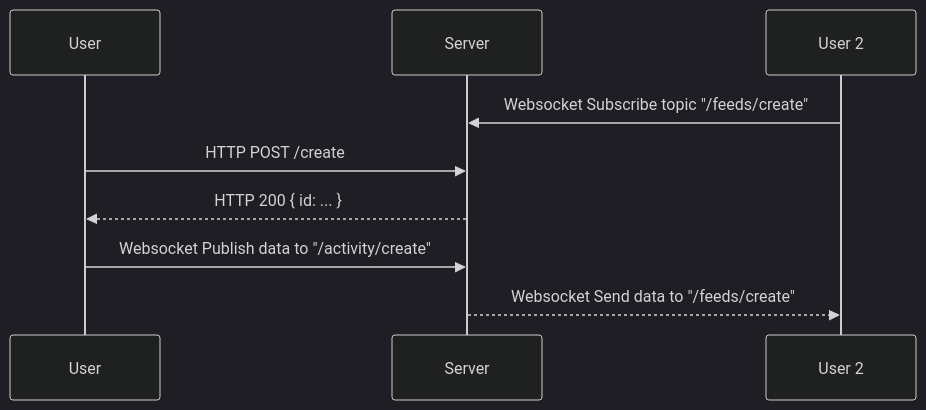
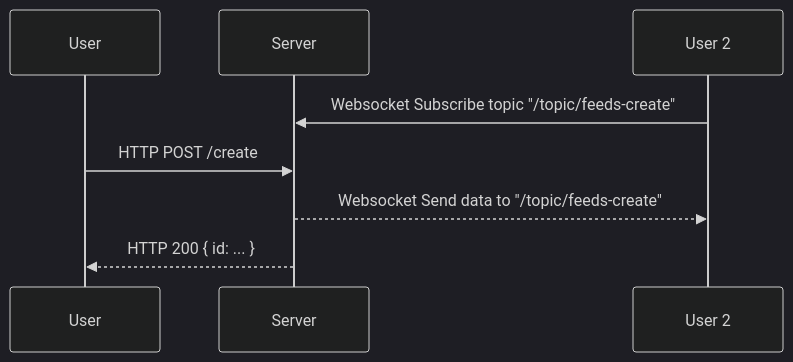
Before and after one commit to AlvinHon/todolist-web: the diagram in web/README.md, drawn with Mermaid (dark theme). The commit also changed other lines of this file and 23 other files, not shown here.

Commit message:
Decouple websocket server by using rabbitmq for activity feeds.

````diff
--- a/web/README.md
+++ b/web/README.md
@@ -50,11 +50,10 @@
 ```mermaid
 sequenceDiagram
     participant User
     participant Server
     participant User 2
-    User 2->>Server: Websocket Subscribe topic "/feeds/create"
+    User 2->>Server: Websocket Subscribe topic "/topic/feeds-create"
     User->>Server: HTTP POST /create
+    Server-->>User 2: Websocket Send data to "/topic/feeds-create"
     Server-->>User: HTTP 200 { id: ... }
-    User->>Server: Websocket Publish data to "/activity/create"
-    Server-->>User 2: Websocket Send data to "/feeds/create"
 ```
````
